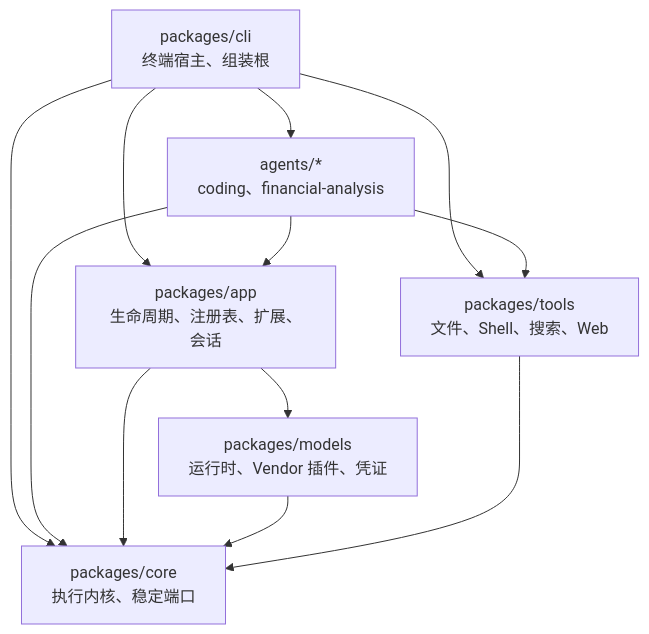
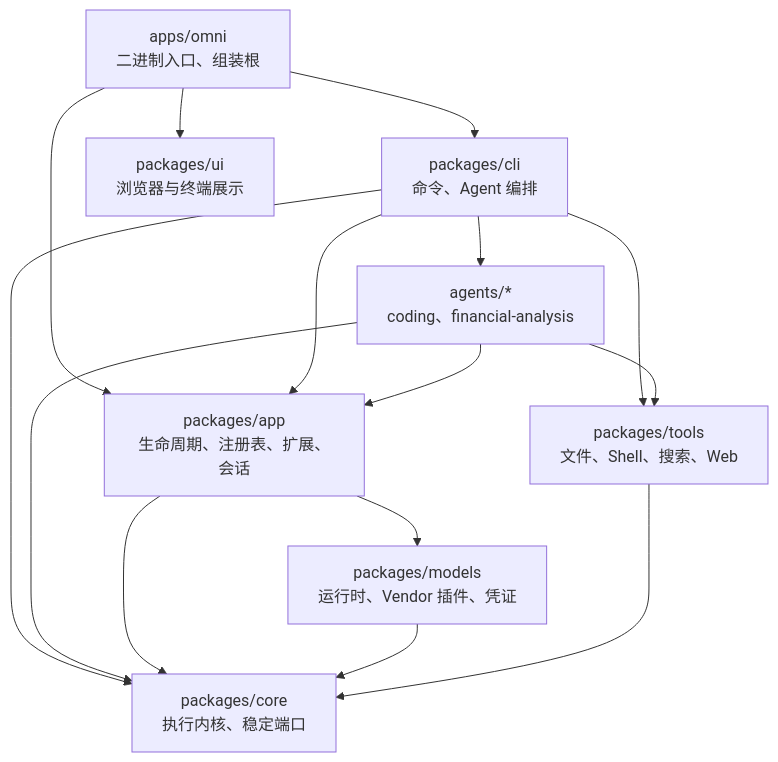
One commit to xdnloveme/omni-agent changed the diagram in README.zh.md. Above: the diagram before and after it, drawn with Mermaid. The commit also changed other lines of this file and 91 other files, not shown here.

````diff
--- a/README.zh.md
+++ b/README.zh.md
@@ -433,21 +433,26 @@
 ```mermaid
 graph TD
-    CLI["packages/cli<br/>终端宿主、组装根"]
+    HOST["apps/omni<br/>二进制入口、组装根"]
+    CLI["packages/cli<br/>命令、Agent 编排"]
     AGENTS["agents/*<br/>coding、financial-analysis"]
     APP["packages/app<br/>生命周期、注册表、扩展、会话"]
     MODELS["packages/models<br/>运行时、Vendor 插件、凭证"]
     TOOLS["packages/tools<br/>文件、Shell、搜索、Web"]
+    UI["packages/ui<br/>浏览器与终端展示"]
     CORE["packages/core<br/>执行内核、稳定端口"]
 
+    HOST --> CLI
+    HOST --> UI
+    HOST --> APP
     CLI --> AGENTS
     CLI --> APP
     CLI --> TOOLS
     CLI --> CORE
     AGENTS --> APP
     AGENTS --> TOOLS
     AGENTS --> CORE
     APP --> MODELS
     APP --> CORE
     MODELS --> CORE
     TOOLS --> CORE
 ```
````
